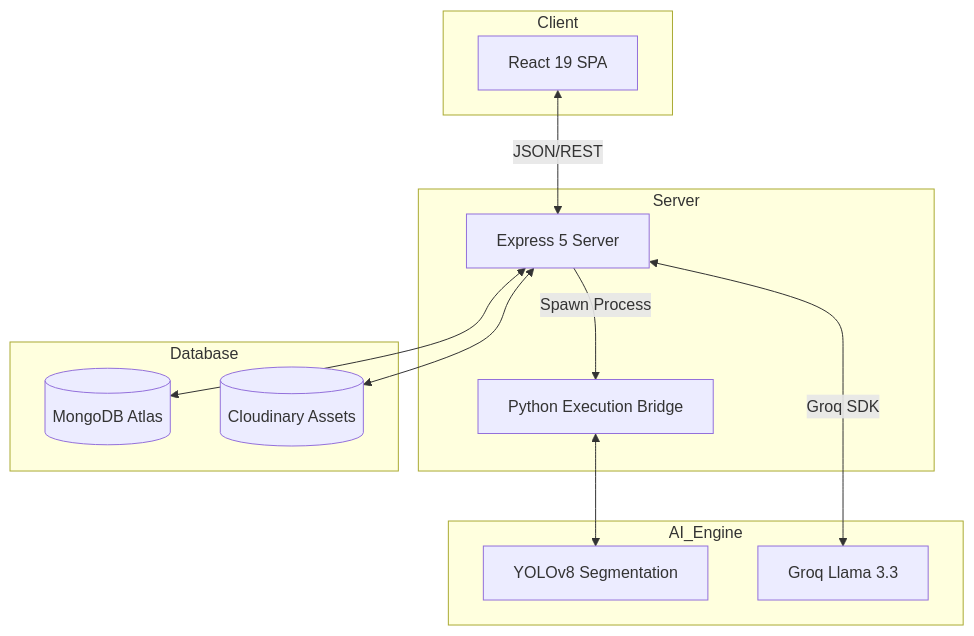
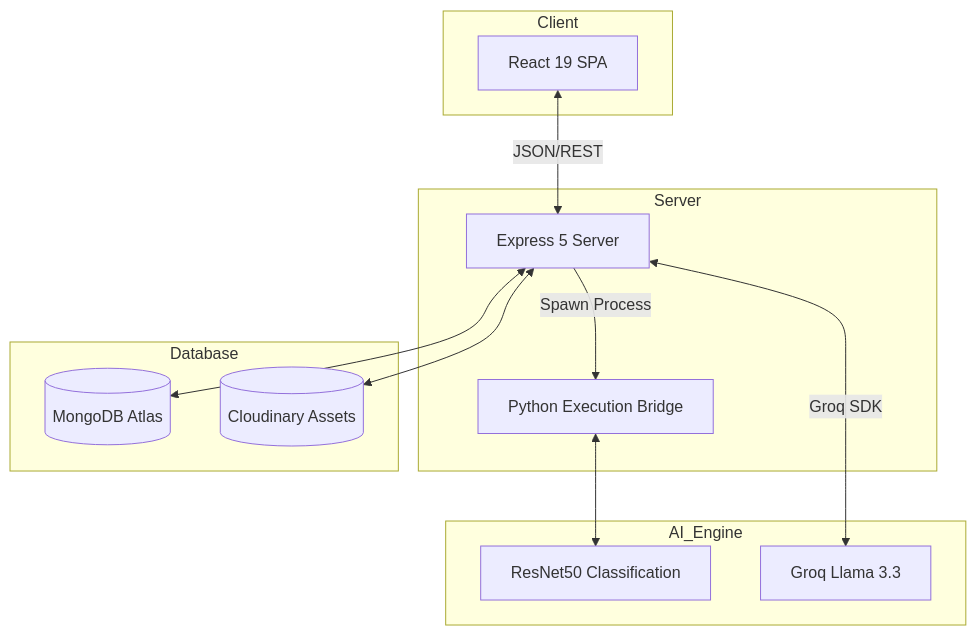
The diagram in README.md (bhagalpurmithun29-sys/Project_DR), drawn with Mermaid before and after one commit. The commit also changed other lines of this file, not shown here.

````diff
--- a/README.md
+++ b/README.md
@@ -47,28 +47,28 @@
 ```mermaid
 graph TD
     subgraph Client
         UI[React 19 SPA]
     end
 
     subgraph Server
         API[Express 5 Server]
         Bridge[Python Execution Bridge]
     end
 
     subgraph Database
         DB[(MongoDB Atlas)]
         CDN[(Cloudinary Assets)]
     end
 
     subgraph AI_Engine
-        Vision[YOLOv8 Segmentation]
+        Vision[ResNet50 Classification]
         LLM[Groq Llama 3.3]
     end
 
     UI <-->|JSON/REST| API
     API <--> DB
     API <--> CDN
     API -->|Spawn Process| Bridge
     Bridge <--> Vision
     API <-->|Groq SDK| LLM
 ```
````
